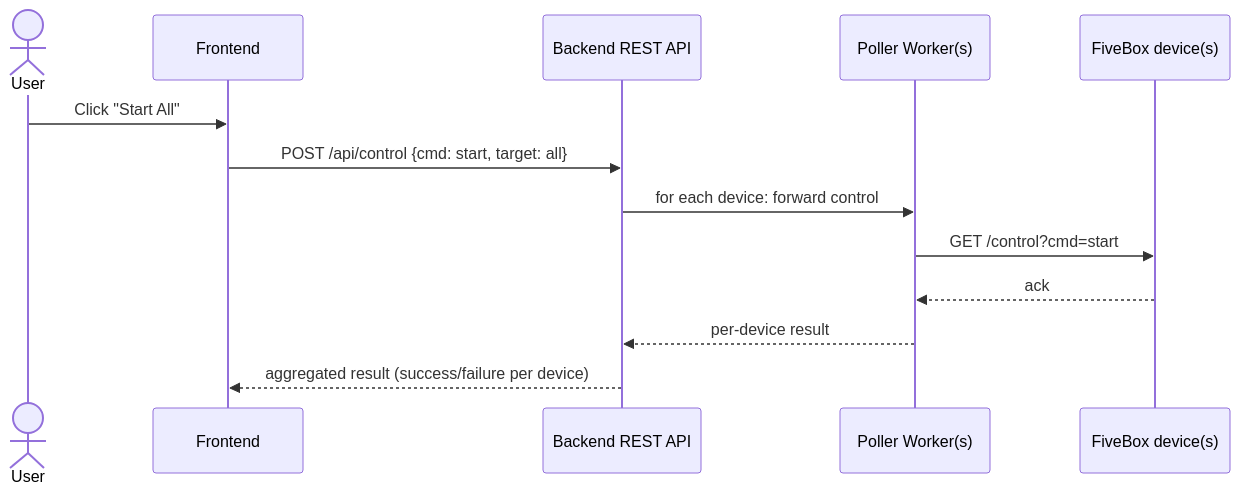
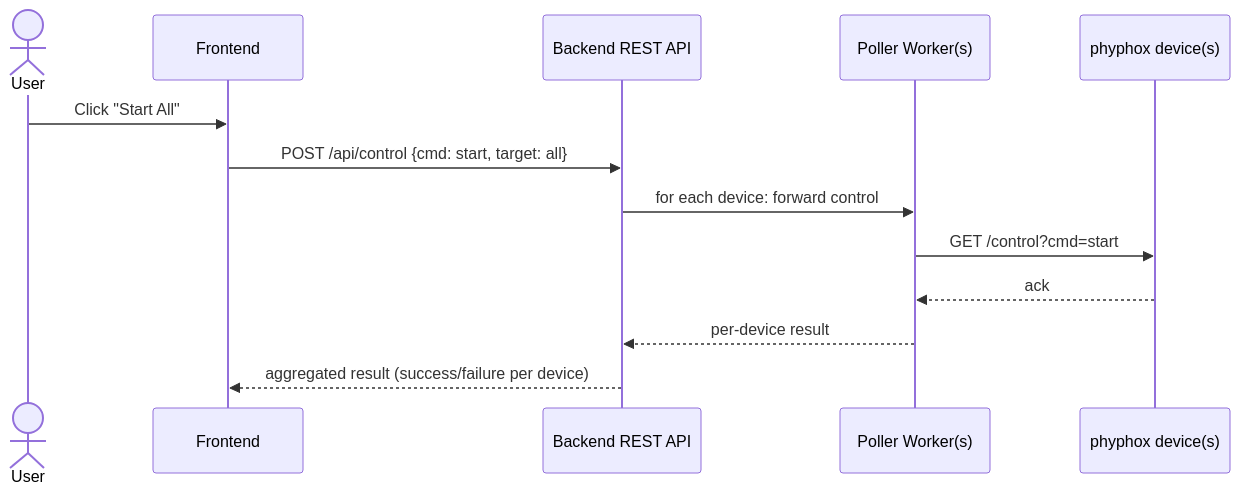
Before and after one commit to ZR0W/phyphox-local-dashboard: the fourth of 5 diagrams in IMPLEMENTATION_PLAN.md, drawn with Mermaid. The commit also changed other lines of this file and 1 other file, not shown here.

First line of the commit message:
Fix phyphox naming, add sync/pause open questions, doc deliverables

````diff
--- a/IMPLEMENTATION_PLAN.md
+++ b/IMPLEMENTATION_PLAN.md
@@ -131,16 +131,16 @@
 ```mermaid
 sequenceDiagram
     actor User
     participant UI as Frontend
     participant API as Backend REST API
     participant PW as Poller Worker(s)
-    participant Phone as FiveBox device(s)
+    participant Phone as phyphox device(s)
 
     User->>UI: Click "Start All"
     UI->>API: POST /api/control {cmd: start, target: all}
     API->>PW: for each device: forward control
     PW->>Phone: GET /control?cmd=start
     Phone-->>PW: ack
     PW-->>API: per-device result
     API-->>UI: aggregated result (success/failure per device)
 ```
````
